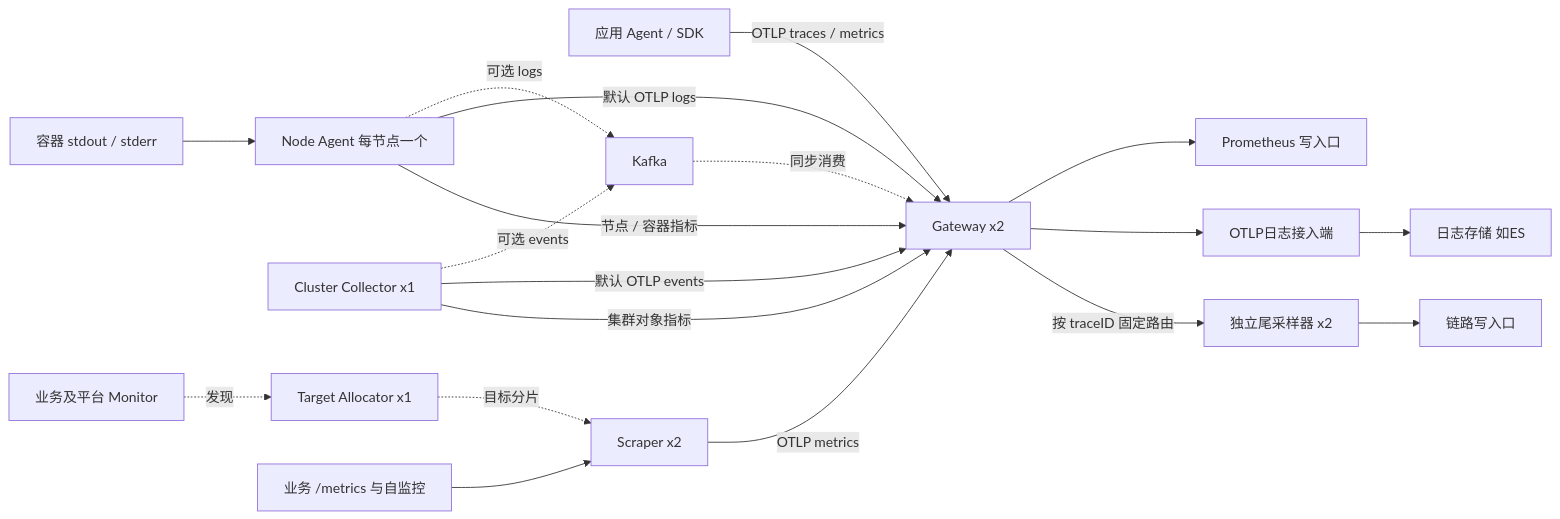
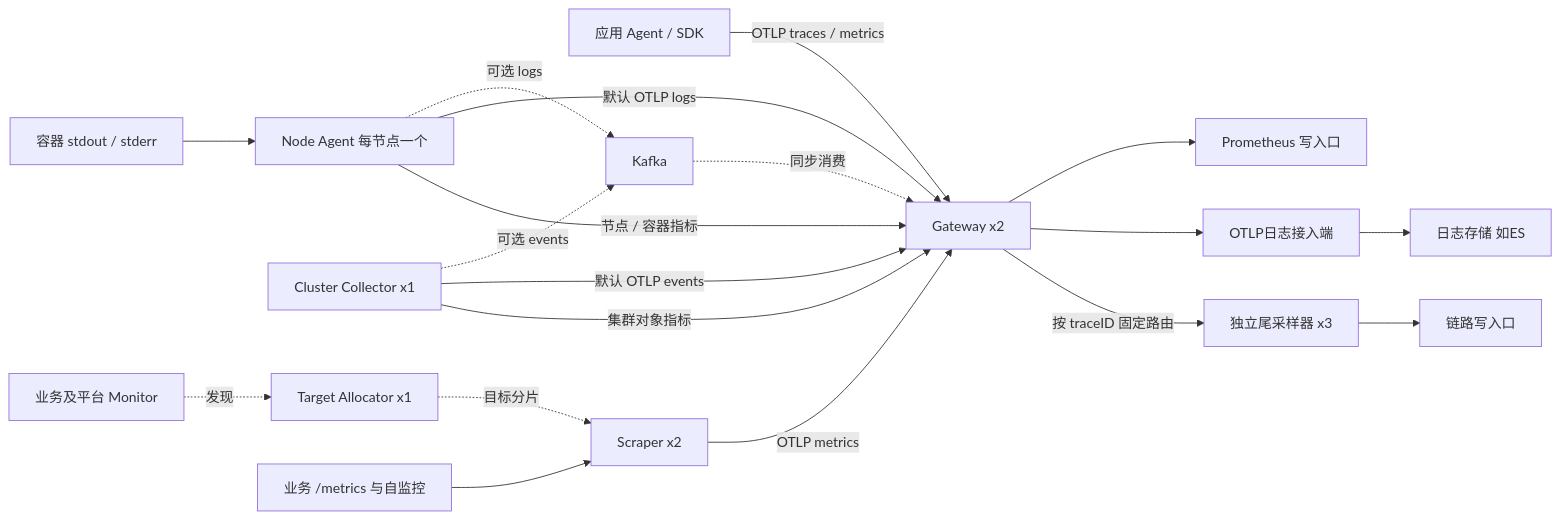
Before and after one commit to 1056604657/opentelemetry: the first of 2 diagrams in 01-架构文档.md, drawn with Mermaid. The commit also changed other lines of this file and 9 other files, not shown here.

````diff
--- a/01-架构文档.md
+++ b/01-架构文档.md
@@ -48,21 +48,21 @@
 ```mermaid
 flowchart LR
   APP[应用 Agent / SDK] -->|OTLP traces / metrics| GW[Gateway x2]
   STD[容器 stdout / stderr] --> NODE[Node Agent 每节点一个]
   NODE -->|节点 / 容器指标| GW
   CL[Cluster Collector x1] -->|集群对象指标| GW
   MON[业务及平台 Monitor] -. 发现 .-> TA[Target Allocator x1]
   TA -. 目标分片 .-> SC[Scraper x2]
   TARGET[业务 /metrics 与自监控] --> SC
   SC -->|OTLP metrics| GW
   NODE -->|默认 OTLP logs| GW
   CL -->|默认 OTLP events| GW
   NODE -. 可选 logs .-> K[Kafka]
   CL -. 可选 events .-> K
   K -. 同步消费 .-> GW
-  GW -->|按 traceID 固定路由| TS[独立尾采样器 x2]
+  GW -->|按 traceID 固定路由| TS[独立尾采样器 x3]
   TS --> TB[链路写入口]
   GW --> LB[OTLP日志接入端]
   LB --> LS[日志存储 如ES]
   GW --> MB[Prometheus 写入口]
 ```
````
